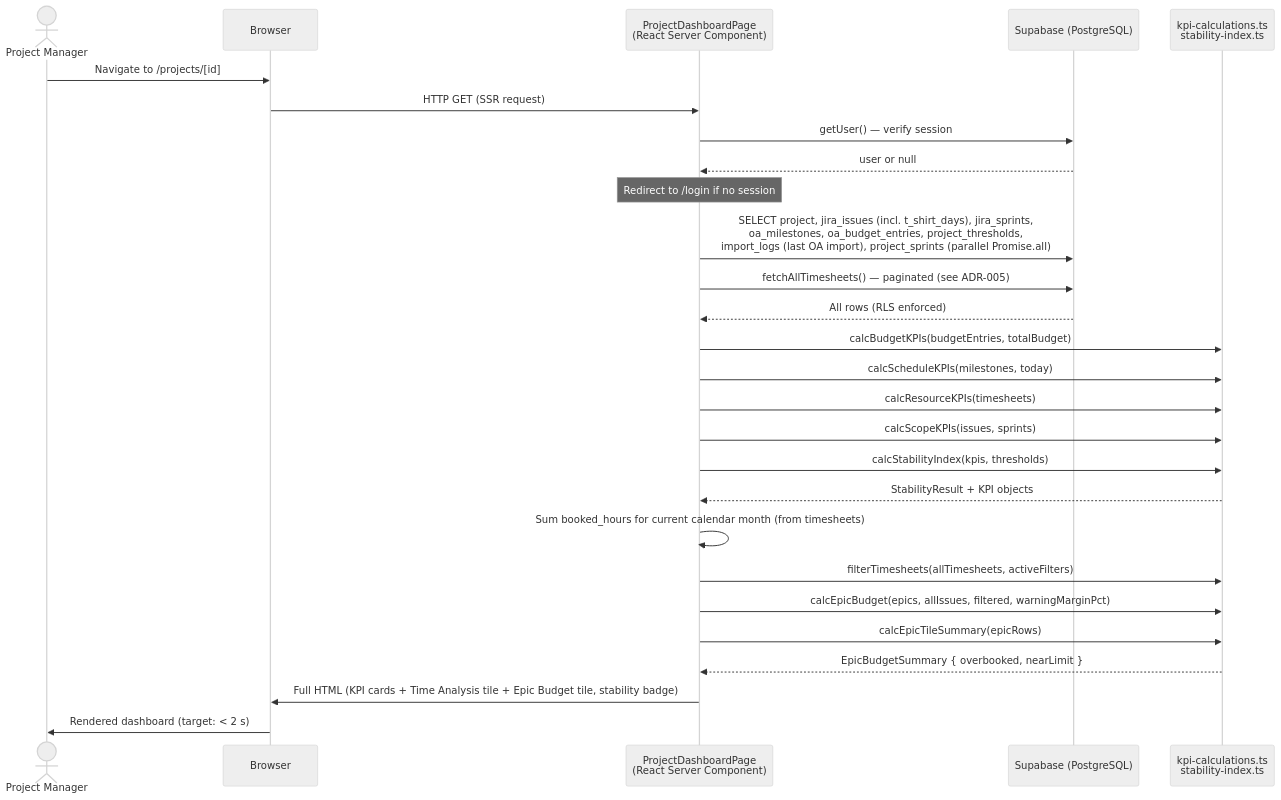
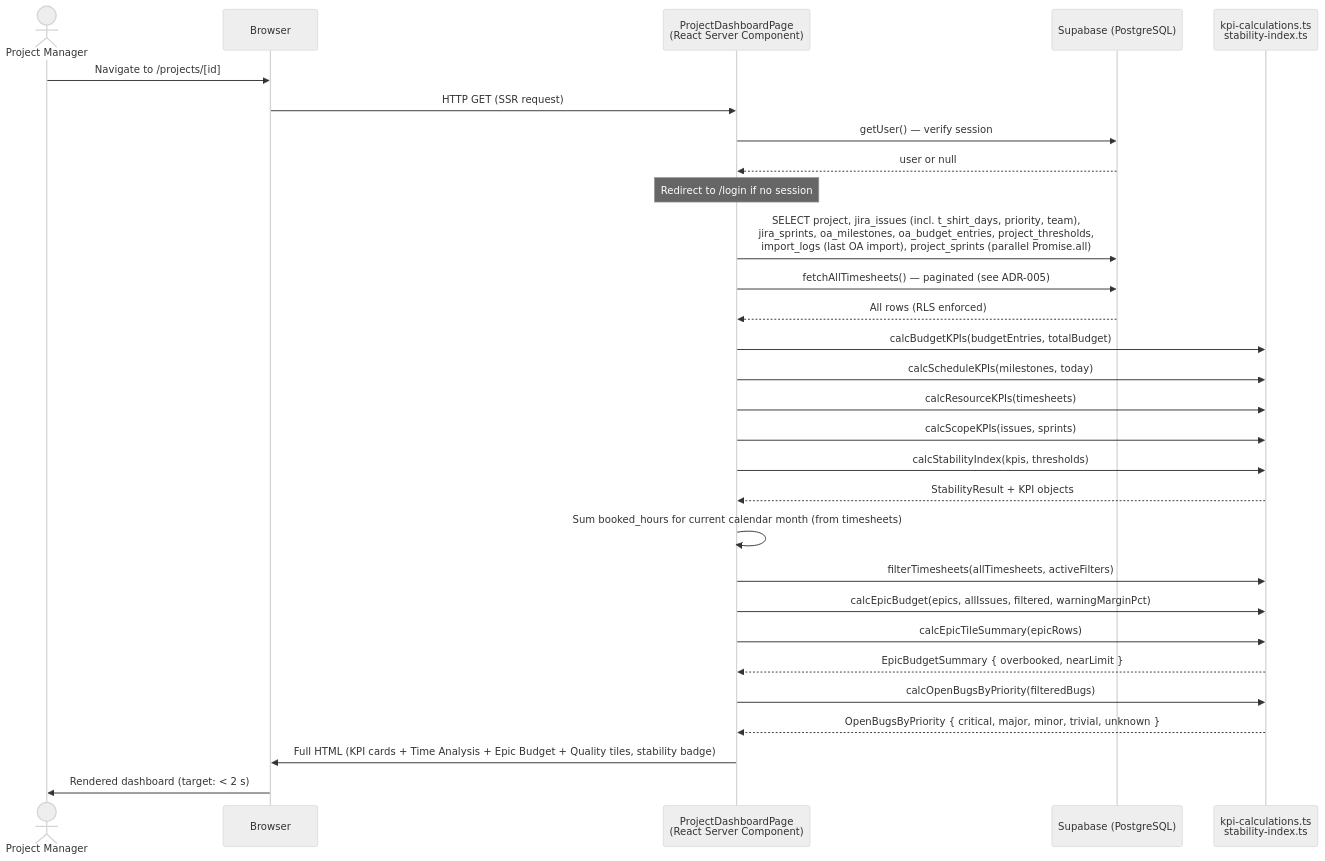
Before and after one commit to matthias1309/project_buddy: the second of 6 diagrams in docs/arc42/06_runtime.md, drawn with Mermaid (neutral theme). The commit also changed other lines of this file and 3 other files, not shown here.

````diff
--- a/docs/arc42/06_runtime.md
+++ b/docs/arc42/06_runtime.md
@@ -45,30 +45,32 @@
 ```mermaid
 sequenceDiagram
     actor PM as Project Manager
     participant Browser
     participant RSC as ProjectDashboardPage<br/>(React Server Component)
     participant DB as Supabase (PostgreSQL)
     participant Calc as kpi-calculations.ts<br/>stability-index.ts
 
     PM->>Browser: Navigate to /projects/[id]
     Browser->>RSC: HTTP GET (SSR request)
     RSC->>DB: getUser() — verify session
     DB-->>RSC: user or null
     Note over RSC: Redirect to /login if no session
-    RSC->>DB: SELECT project, jira_issues (incl. t_shirt_days), jira_sprints,<br/>oa_milestones, oa_budget_entries, project_thresholds,<br/>import_logs (last OA import), project_sprints (parallel Promise.all)
+    RSC->>DB: SELECT project, jira_issues (incl. t_shirt_days, priority, team),<br/>jira_sprints, oa_milestones, oa_budget_entries, project_thresholds,<br/>import_logs (last OA import), project_sprints (parallel Promise.all)
     RSC->>DB: fetchAllTimesheets() — paginated (see ADR-005)
     DB-->>RSC: All rows (RLS enforced)
     RSC->>Calc: calcBudgetKPIs(budgetEntries, totalBudget)
     RSC->>Calc: calcScheduleKPIs(milestones, today)
     RSC->>Calc: calcResourceKPIs(timesheets)
     RSC->>Calc: calcScopeKPIs(issues, sprints)
     RSC->>Calc: calcStabilityIndex(kpis, thresholds)
     Calc-->>RSC: StabilityResult + KPI objects
     RSC->>RSC: Sum booked_hours for current calendar month (from timesheets)
     RSC->>Calc: filterTimesheets(allTimesheets, activeFilters)
     RSC->>Calc: calcEpicBudget(epics, allIssues, filtered, warningMarginPct)
     RSC->>Calc: calcEpicTileSummary(epicRows)
     Calc-->>RSC: EpicBudgetSummary { overbooked, nearLimit }
-    RSC->>Browser: Full HTML (KPI cards + Time Analysis tile + Epic Budget tile, stability badge)
+    RSC->>Calc: calcOpenBugsByPriority(filteredBugs)
+    Calc-->>RSC: OpenBugsByPriority { critical, major, minor, trivial, unknown }
+    RSC->>Browser: Full HTML (KPI cards + Time Analysis + Epic Budget + Quality tiles, stability badge)
     Browser->>PM: Rendered dashboard (target: < 2 s)
 ```
````
